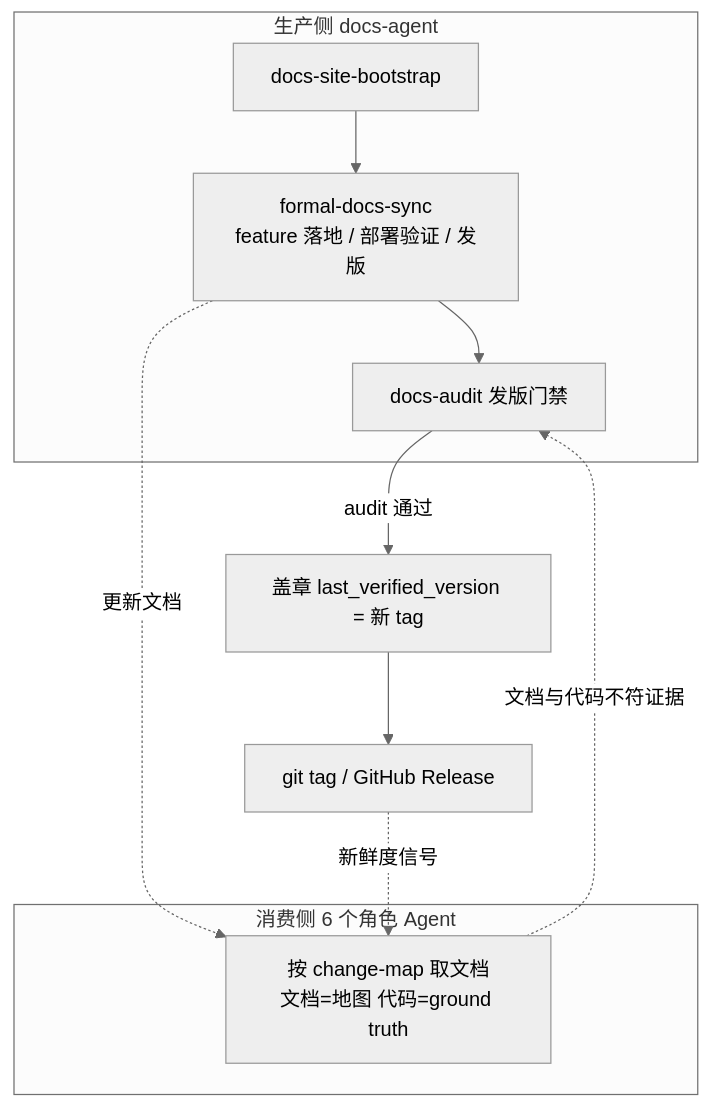
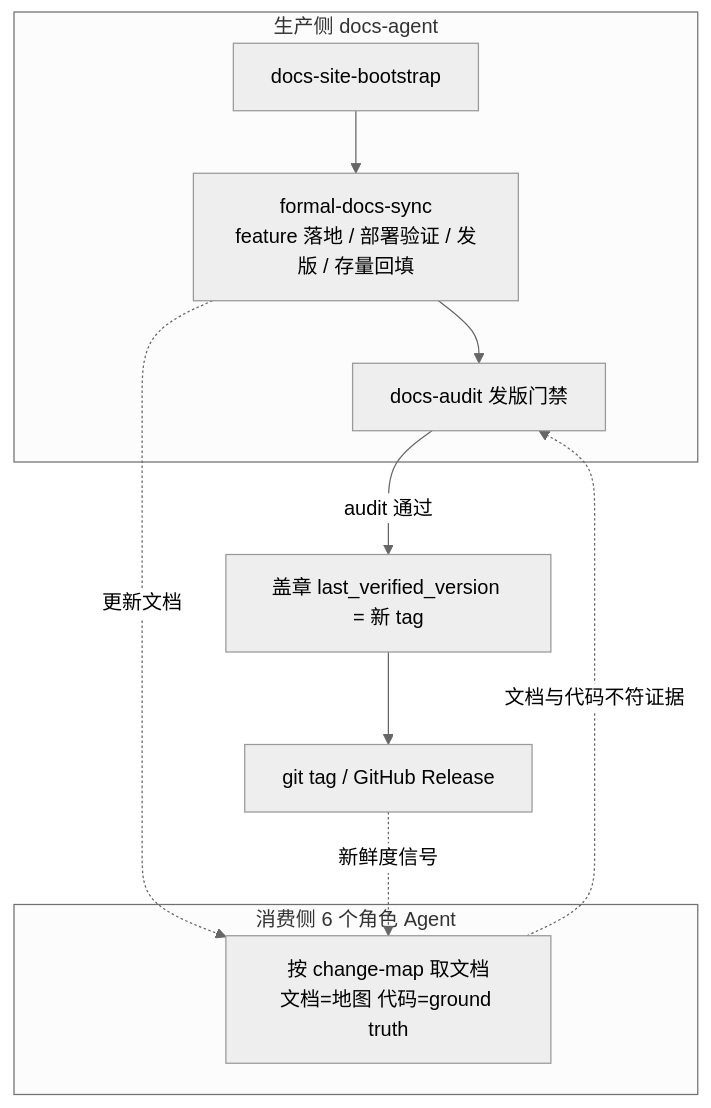
One commit to Neplich/dev-agent-skills changed the first of 2 diagrams in docs/pm/agents/docs-agent/PRD.md. Above: the diagram before and after it, drawn with Mermaid (neutral theme). The commit also changed other lines of this file, not shown here.

````diff
--- a/docs/pm/agents/docs-agent/PRD.md
+++ b/docs/pm/agents/docs-agent/PRD.md
@@ -128,15 +135,15 @@
 ```mermaid
 flowchart TB
     subgraph produce["生产侧 docs-agent"]
-        B["docs-site-bootstrap"] --> S["formal-docs-sync<br/>feature 落地 / 部署验证 / 发版"]
+        B["docs-site-bootstrap"] --> S["formal-docs-sync<br/>feature 落地 / 部署验证 / 发版 / 存量回填"]
         S --> A["docs-audit 发版门禁"]
     end
     subgraph consume["消费侧 6 个角色 Agent"]
         C["按 change-map 取文档<br/>文档=地图 代码=ground truth"]
     end
     A -->|audit 通过| STAMP["盖章 last_verified_version = 新 tag"]
     STAMP --> TAG["git tag / GitHub Release"]
     S -.更新文档.-> C
     C -.文档与代码不符证据.-> A
     TAG -.新鲜度信号.-> C
 ```
````
